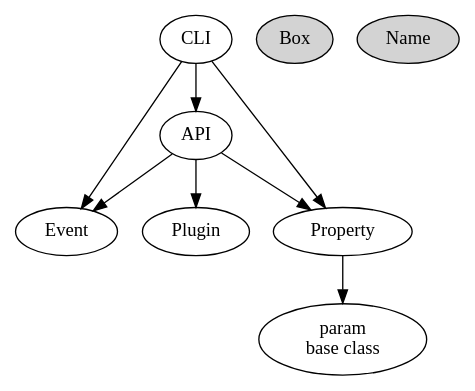
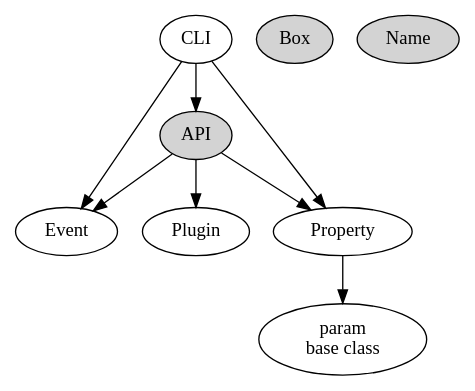
Before and after one commit to hipe/tmx: the diagram in lib/skylab/cull/doc/issues/003-list-of-things-we-want-to-cull.dot, drawn with Graphviz. The commit also changed 9 other files, not shown here.

```diff
--- a/lib/skylab/cull/doc/issues/003-list-of-things-we-want-to-cull.dot
+++ b/lib/skylab/cull/doc/issues/003-list-of-things-we-want-to-cull.dot
@@ -1,52 +1,52 @@
 digraph g {
 
 /*
 
 list of things we want to cull :[#003]
 
 most difficult-ish is at top
 
   + API
 
   + plugin libs?
 
   + there are numerous CLI libs
 
   + there are at least 3 ways to do API
 
   + there are quite numerous param libs
     + there are numerous param base classes
 
   + there are numerous event base classes
 
   + there are numerous CLI table libs (hubbed at [#fa-002])
 
   + IO select: [#fa-003] and [#hl-048]
 
 
   + there WERE two name libs
   + there WERE at least 3 box libs
 */
 
 
-  API
+  API [style=filled]
   Box [style=filled]
   CLI
   Event
   Name [style=filled]
   Param [ label="param\nbase class" ]
   Plugin
   Property
 
 
   API -> Event
   API -> Plugin
   API -> Property
   CLI -> API
   CLI -> Event
   CLI -> Property
   Property-> Param
 
   /* that one color of blue: fillcolor="#b5d5fb" */
 
 }
```
